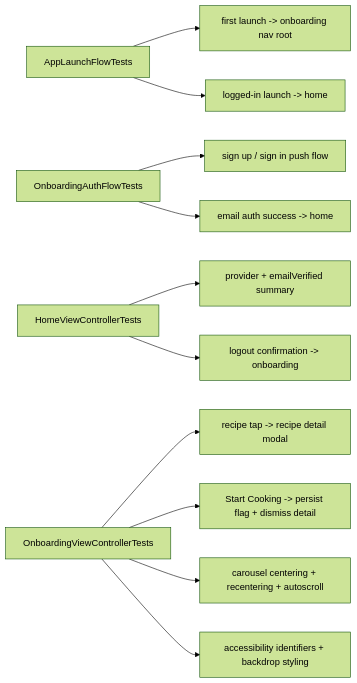
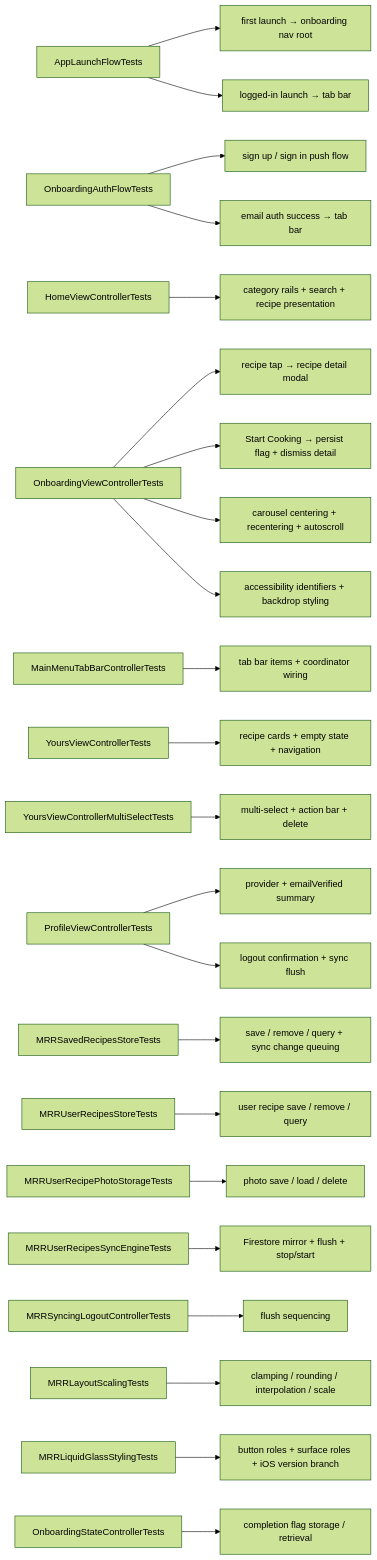
One commit to bengidev/ios-mrr-experiment changed the sixth of 6 diagrams in ARCHITECTURE.md. Above: the diagram before and after it, drawn with Mermaid (forest theme). The commit also changed other lines of this file, not shown here.

````diff
--- a/ARCHITECTURE.md
+++ b/ARCHITECTURE.md
@@ -295,28 +666,42 @@
 ```mermaid
 flowchart LR
   launch["AppLaunchFlowTests"]
   auth["OnboardingAuthFlowTests"]
   home["HomeViewControllerTests"]
   onboarding["OnboardingViewControllerTests"]
-  first["first launch -> onboarding nav root"]
-  signedIn["logged-in launch -> home"]
-  authPush["sign up / sign in push flow"]
-  authSuccess["email auth success -> home"]
-  homeSummary["provider + emailVerified summary"]
-  logout["logout confirmation -> onboarding"]
-  detail["recipe tap -> recipe detail modal"]
-  finish["Start Cooking -> persist flag + dismiss detail"]
-  carousel["carousel centering + recentering + autoscroll"]
-  a11y["accessibility identifiers + backdrop styling"]
+  menu["MainMenuTabBarControllerTests"]
+  yours["YoursViewControllerTests"]
+  yoursMulti["YoursViewControllerMultiSelectTests"]
+  profile["ProfileViewControllerTests"]
+  savedStore["MRRSavedRecipesStoreTests"]
+  userStore["MRRUserRecipesStoreTests"]
+  userPhoto["MRRUserRecipePhotoStorageTests"]
+  userSync["MRRUserRecipesSyncEngineTests"]
+  logoutSync["MRRSyncingLogoutControllerTests"]
+  layout["MRRLayoutScalingTests"]
+  glass["MRRLiquidGlassStylingTests"]
+  state["OnboardingStateControllerTests"]
 
-  launch --> first
-  launch --> signedIn
-  auth --> authPush
-  auth --> authSuccess
-  home --> homeSummary
-  home --> logout
-  onboarding --> detail
-  onboarding --> finish
-  onboarding --> carousel
-  onboarding --> a11y
+  launch --> first["first launch → onboarding nav root"]
+  launch --> signedIn["logged-in launch → tab bar"]
+  auth --> authPush["sign up / sign in push flow"]
+  auth --> authSuccess["email auth success → tab bar"]
+  home --> homeSummary["category rails + search + recipe presentation"]
+  onboarding --> detail["recipe tap → recipe detail modal"]
+  onboarding --> finish["Start Cooking → persist flag + dismiss detail"]
+  onboarding --> carousel["carousel centering + recentering + autoscroll"]
+  onboarding --> a11y["accessibility identifiers + backdrop styling"]
+  menu --> tabItems["tab bar items + coordinator wiring"]
+  yours --> cardInteractions["recipe cards + empty state + navigation"]
+  yoursMulti --> batchOps["multi-select + action bar + delete"]
+  profile --> sessionSummary["provider + emailVerified summary"]
+  profile --> logout["logout confirmation + sync flush"]
+  savedStore --> crud["save / remove / query + sync change queuing"]
+  userStore --> userCrud["user recipe save / remove / query"]
+  userPhoto --> photoIo["photo save / load / delete"]
+  userSync --> firestoreMirror["Firestore mirror + flush + stop/start"]
+  logoutSync --> flushBeforeLogout["flush sequencing"]
+  layout --> scaling["clamping / rounding / interpolation / scale"]
+  glass --> styling["button roles + surface roles + iOS version branch"]
+  state --> persistence["completion flag storage / retrieval"]
 ```
````
